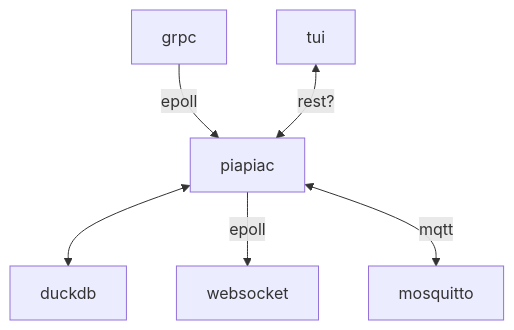
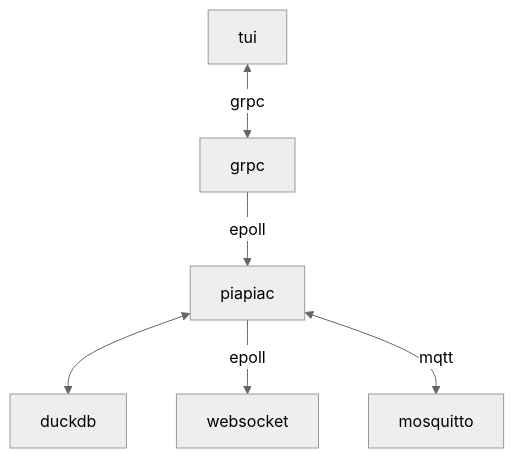
The diagram in README.md (aaronwald/piapiac), drawn with Mermaid before and after one commit. The commit also changed 6 other files, not shown here.

````diff
--- a/README.md
+++ b/README.md
@@ -3,9 +3,10 @@
 ```mermaid
+%%{init: {'theme':'neutral'}}%%
 graph TD;
 
 grpc-->|epoll| piapiac
 piapiac<-->duckdb
 piapiac-->|epoll| websocket
-tui<-->|rest?| piapiac
+tui<-->|grpc| grpc
 piapiac<-->|mqtt| mosquitto
 ```
````
